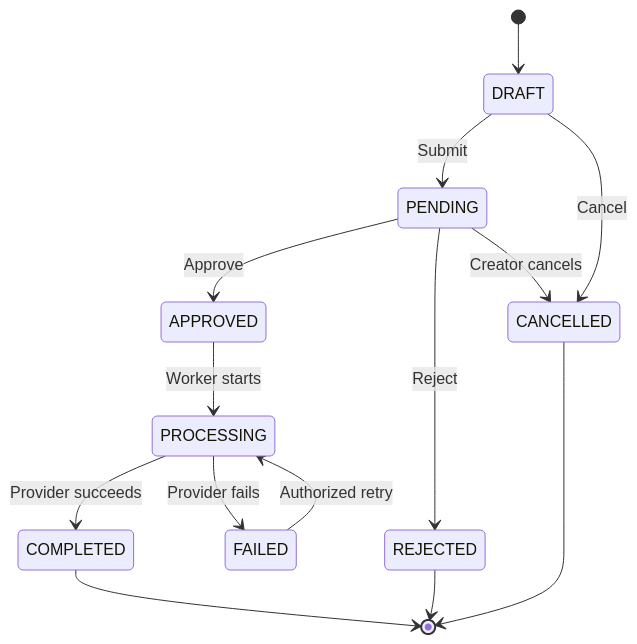
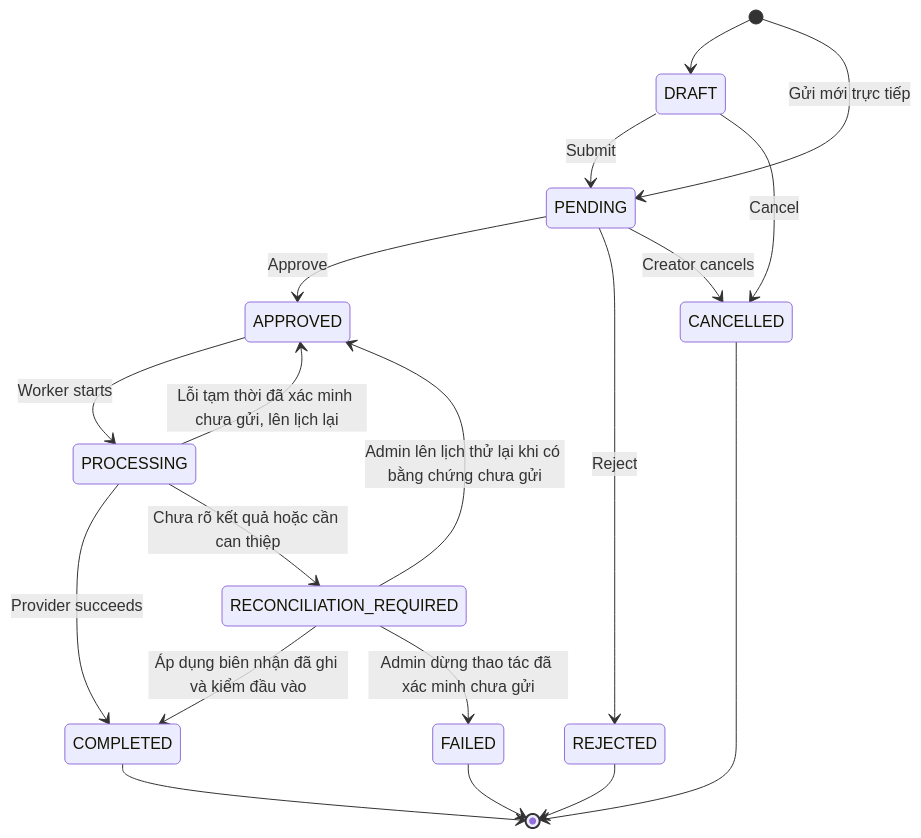
The eighth of 9 diagrams in 01_luong_hoat_dong_he_thong.md (Eyblcat12/Cryta), drawn with Mermaid before and after one commit. The commit also changed other lines of this file and 356 other files, not shown here.

````diff
--- a/01_luong_hoat_dong_he_thong.md
+++ b/01_luong_hoat_dong_he_thong.md
@@ -262,16 +267,21 @@
 ```mermaid
 stateDiagram-v2
     [*] --> DRAFT
+    [*] --> PENDING: Gửi mới trực tiếp
     DRAFT --> PENDING: Submit
     DRAFT --> CANCELLED: Cancel
     PENDING --> APPROVED: Approve
     PENDING --> REJECTED: Reject
     PENDING --> CANCELLED: Creator cancels
     APPROVED --> PROCESSING: Worker starts
     PROCESSING --> COMPLETED: Provider succeeds
-    PROCESSING --> FAILED: Provider fails
-    FAILED --> PROCESSING: Authorized retry
+    PROCESSING --> APPROVED: Lỗi tạm thời đã xác minh chưa gửi, lên lịch lại
+    PROCESSING --> RECONCILIATION_REQUIRED: Chưa rõ kết quả hoặc cần can thiệp
+    RECONCILIATION_REQUIRED --> APPROVED: Admin lên lịch thử lại khi có bằng chứng chưa gửi
+    RECONCILIATION_REQUIRED --> COMPLETED: Áp dụng biên nhận đã ghi và kiểm đầu vào
+    RECONCILIATION_REQUIRED --> FAILED: Admin dừng thao tác đã xác minh chưa gửi
     COMPLETED --> [*]
     REJECTED --> [*]
     CANCELLED --> [*]
+    FAILED --> [*]
 ```
````
